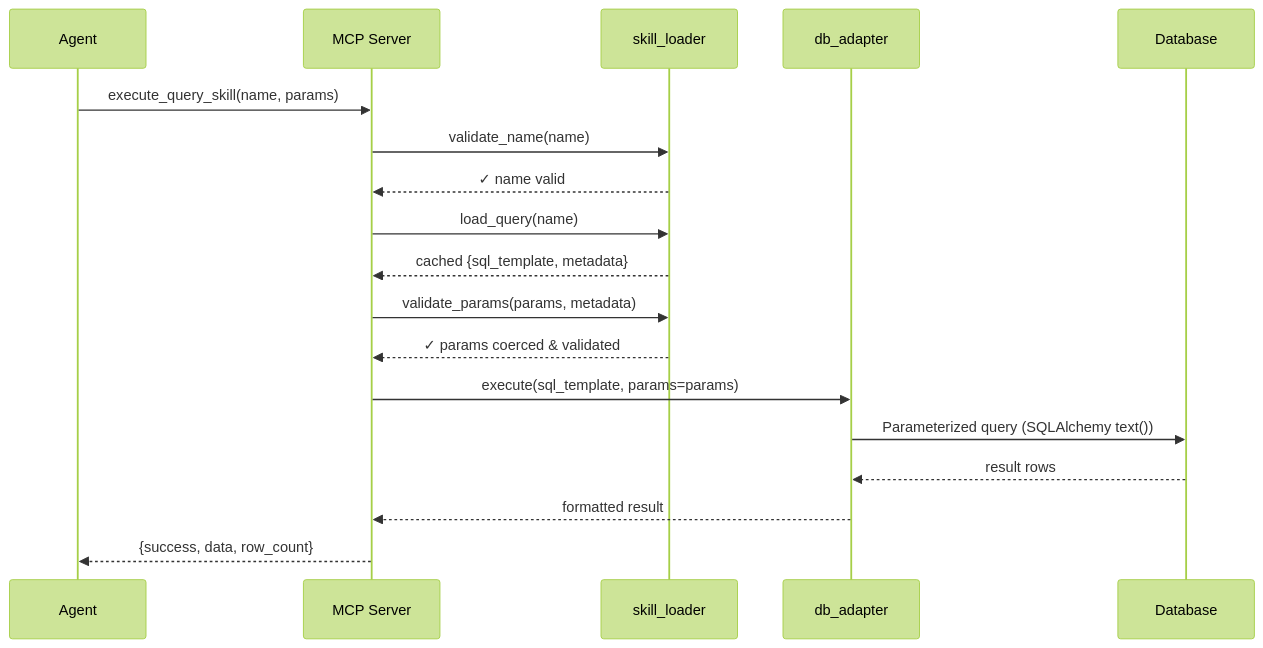
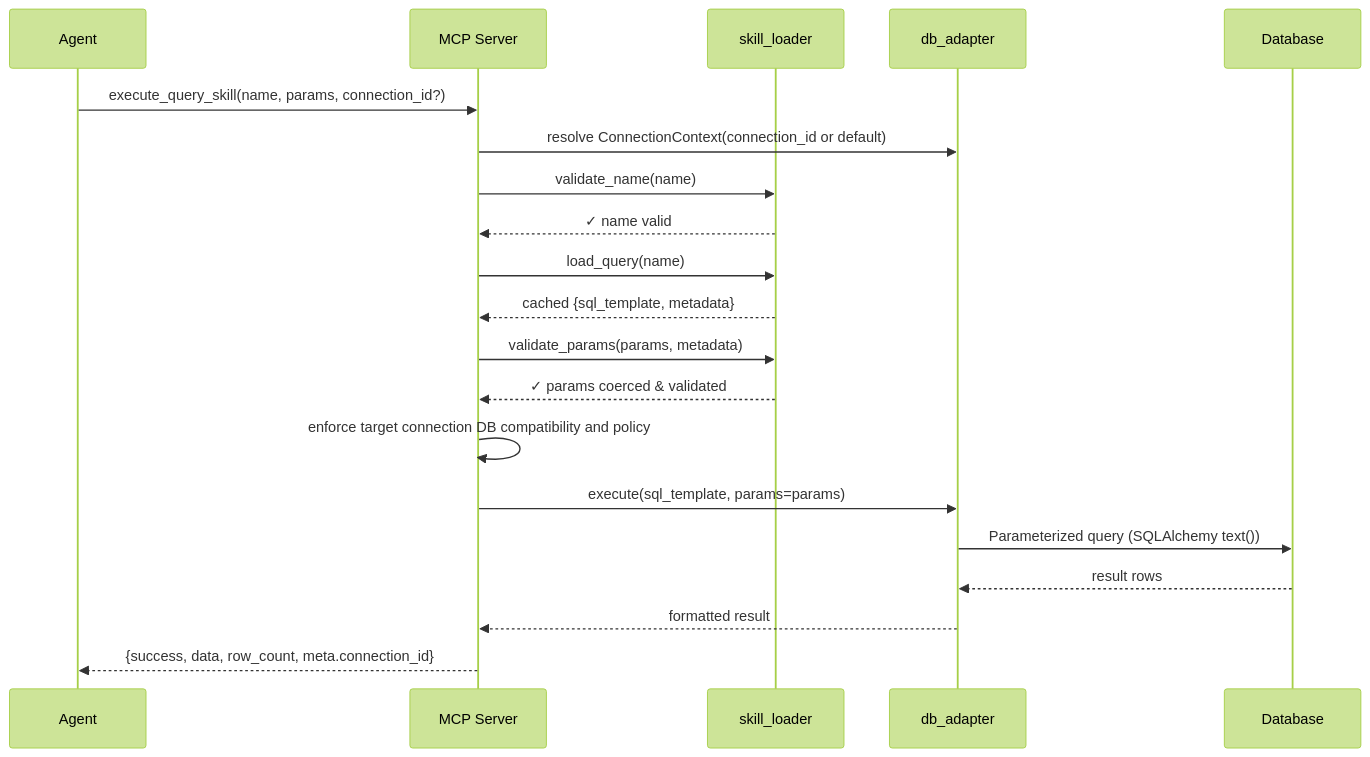
Before and after one commit to Firstmeridian/llm-sql-safety-executor-mcp: the fourth of 9 diagrams in MCP_AGENTS_SKILLS_DESIGN.md, drawn with Mermaid (forest theme). The commit also changed other lines of this file and 38 other files, not shown here.

````diff
--- a/MCP_AGENTS_SKILLS_DESIGN.md
+++ b/MCP_AGENTS_SKILLS_DESIGN.md
@@ -242,21 +257,23 @@
 ```mermaid
 sequenceDiagram
     participant Agent
     participant MCP as MCP Server
     participant Loader as skill_loader
     participant Adapter as db_adapter
     participant DB as Database
 
-    Agent->>MCP: execute_query_skill(name, params)
+    Agent->>MCP: execute_query_skill(name, params, connection_id?)
+    MCP->>Adapter: resolve ConnectionContext(connection_id or default)
     MCP->>Loader: validate_name(name)
     Loader-->>MCP: ✓ name valid
     MCP->>Loader: load_query(name)
     Loader-->>MCP: cached {sql_template, metadata}
     MCP->>Loader: validate_params(params, metadata)
     Loader-->>MCP: ✓ params coerced & validated
+    MCP->>MCP: enforce target connection DB compatibility and policy
     MCP->>Adapter: execute(sql_template, params=params)
     Adapter->>DB: Parameterized query (SQLAlchemy text())
     DB-->>Adapter: result rows
     Adapter-->>MCP: formatted result
-    MCP-->>Agent: {success, data, row_count}
+    MCP-->>Agent: {success, data, row_count, meta.connection_id}
 ```
````
